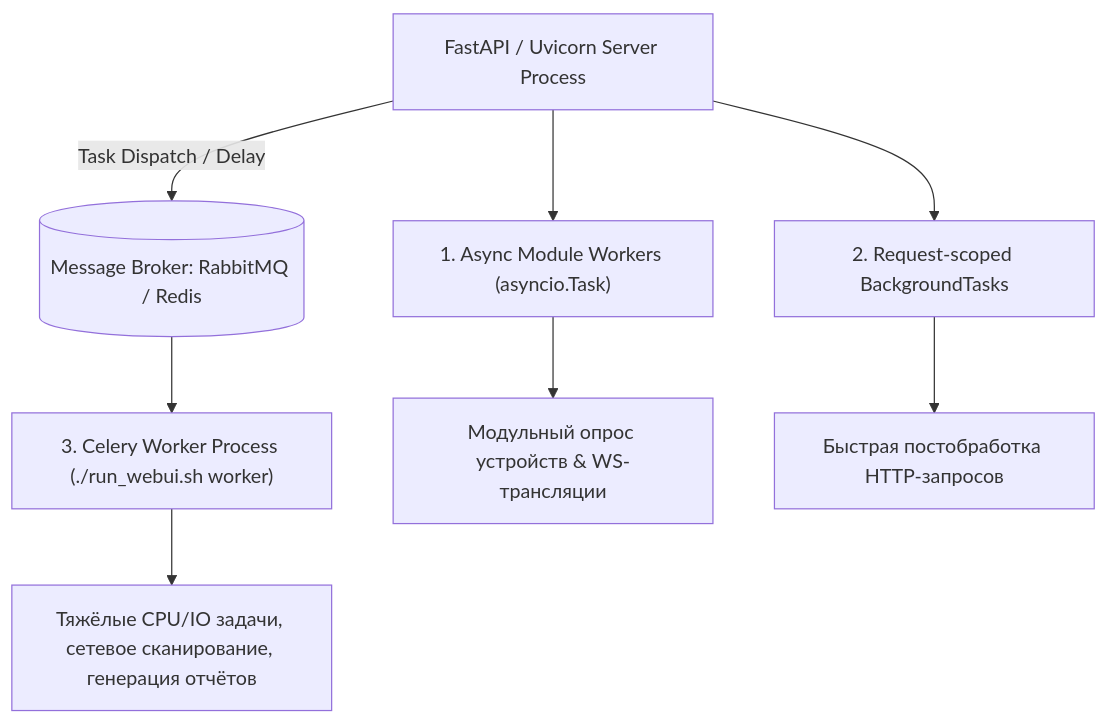
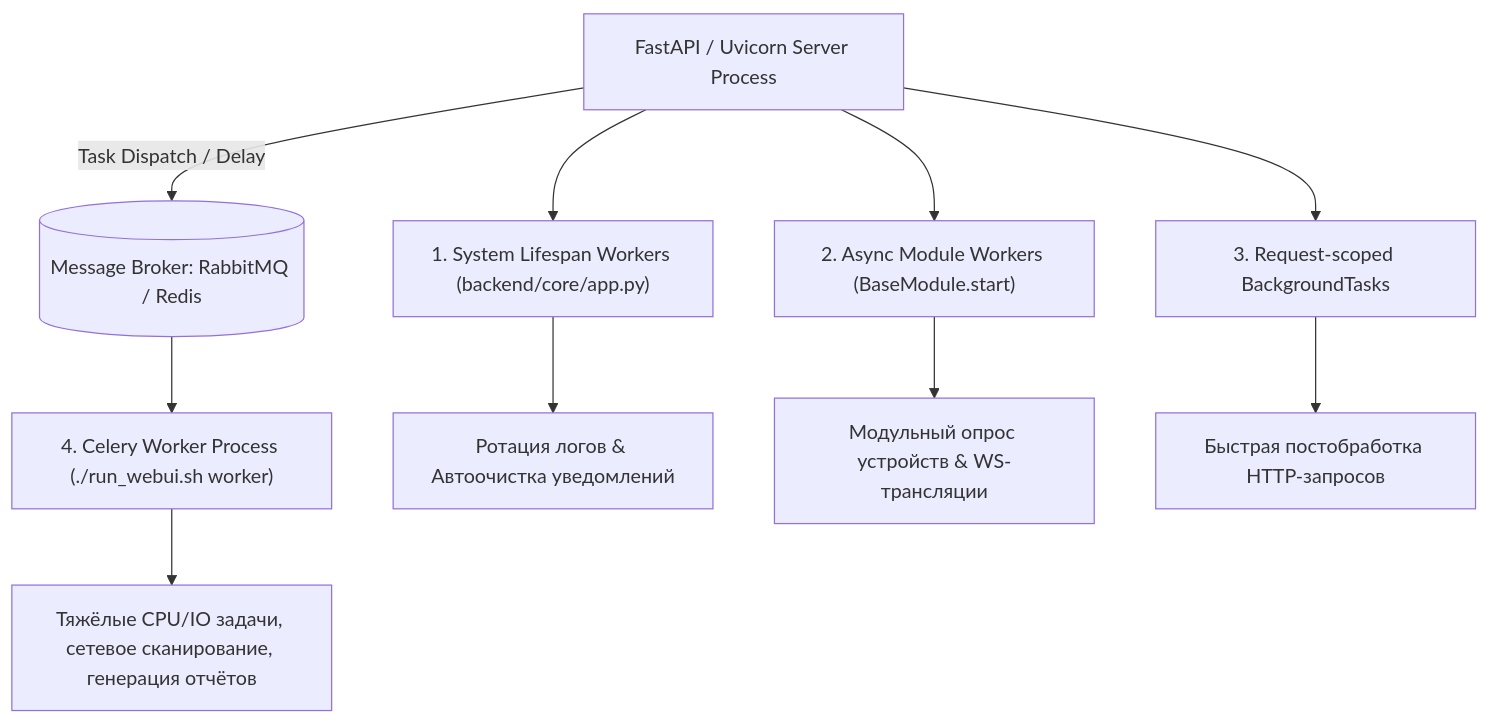
The first of 2 diagrams in docs/wiki/03-module-development/16-background-workers.md (Apofixc/nms-webui), drawn with Mermaid before and after one commit. The commit also changed other lines of this file, not shown here.

Commit message:
docs: update background worker module documentation for current implementation

````diff
--- a/docs/wiki/03-module-development/16-background-workers.md
+++ b/docs/wiki/03-module-development/16-background-workers.md
@@ -15,11 +15,13 @@
 ```mermaid
 flowchart TD
-    App[FastAPI / Uvicorn Server Process] --> AsyncWorker["1. Async Module Workers (asyncio.Task)"]
-    App --> BGTask["2. Request-scoped BackgroundTasks"]
+    App[FastAPI / Uvicorn Server Process] --> LifespanWorker["1. System Lifespan Workers (backend/core/app.py)"]
+    App --> AsyncWorker["2. Async Module Workers (BaseModule.start)"]
+    App --> BGTask["3. Request-scoped BackgroundTasks"]
     App -- Task Dispatch / Delay --> Broker[(Message Broker: RabbitMQ / Redis)]
-    Broker --> CeleryProc["3. Celery Worker Process (./run_webui.sh worker)"]
+    Broker --> CeleryProc["4. Celery Worker Process (./run_webui.sh worker)"]
 
+    LifespanWorker --> CoreCleanups[Ротация логов & Автоочистка уведомлений]
     AsyncWorker --> ModLogic[Модульный опрос устройств & WS-трансляции]
     BGTask --> PostProcess[Быстрая постобработка HTTP-запросов]
     CeleryProc --> HeavyJobs[Тяжёлые CPU/IO задачи, сетевое сканирование, генерация отчётов]
 ```
````
